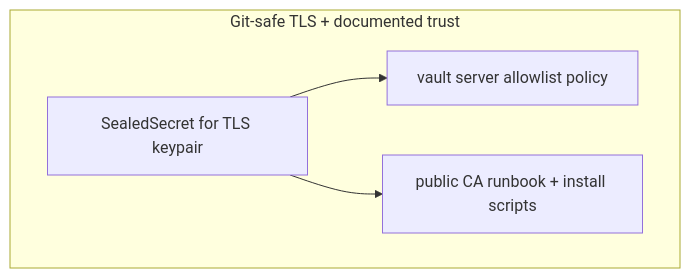
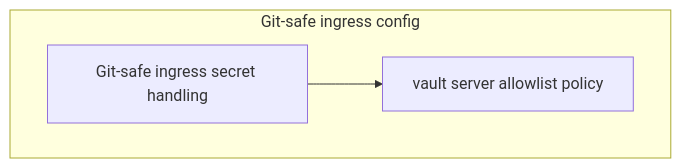
Diagram 29 of 31 in README.md (DongHyeonka/Project-Auth-GitOps), drawn with Mermaid before and after one commit. The commit also changed other lines of this file and 33 other files, not shown here.

````diff
--- a/README.md
+++ b/README.md
@@ -952,11 +962,9 @@
 ```mermaid
 flowchart TD
-  subgraph AFTER[Git-safe TLS + documented trust]
-    B1[SealedSecret for TLS keypair]
+  subgraph AFTER[Git-safe ingress config]
+    B1[Git-safe ingress secret handling]
     B2[vault server allowlist policy]
-    B3[public CA runbook + install scripts]
   end
 
   B1 --> B2
-  B1 --> B3
 ```
````
